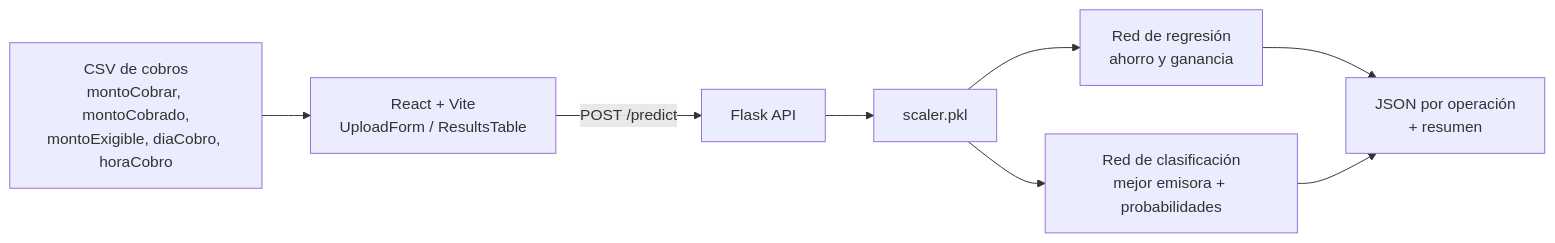
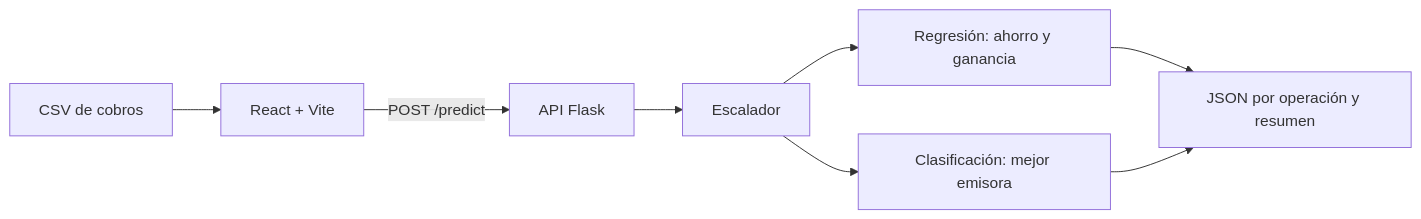
One commit to HermannPR/Datathon-build changed the diagram in README.md. Above: the diagram before and after it, drawn with Mermaid. The commit also changed other lines of this file and 2 other files, not shown here.

````diff
--- a/README.md
+++ b/README.md
@@ -52,10 +24,10 @@
 ```mermaid
 flowchart LR
-  CSV[CSV de cobros<br/>montoCobrar, montoCobrado,<br/>montoExigible, diaCobro, horaCobro] --> FE[React + Vite<br/>UploadForm / ResultsTable]
-  FE -->|POST /predict| API[Flask API]
-  API --> S[scaler.pkl]
-  S --> R[Red de regresión<br/>ahorro y ganancia]
-  S --> C[Red de clasificación<br/>mejor emisora + probabilidades]
-  R --> OUT[JSON por operación<br/>+ resumen]
+  CSV[CSV de cobros] --> FE[React + Vite]
+  FE -->|POST /predict| API[API Flask]
+  API --> S[Escalador]
+  S --> R[Regresión: ahorro y ganancia]
+  S --> C[Clasificación: mejor emisora]
+  R --> OUT[JSON por operación y resumen]
   C --> OUT
 ```
````
